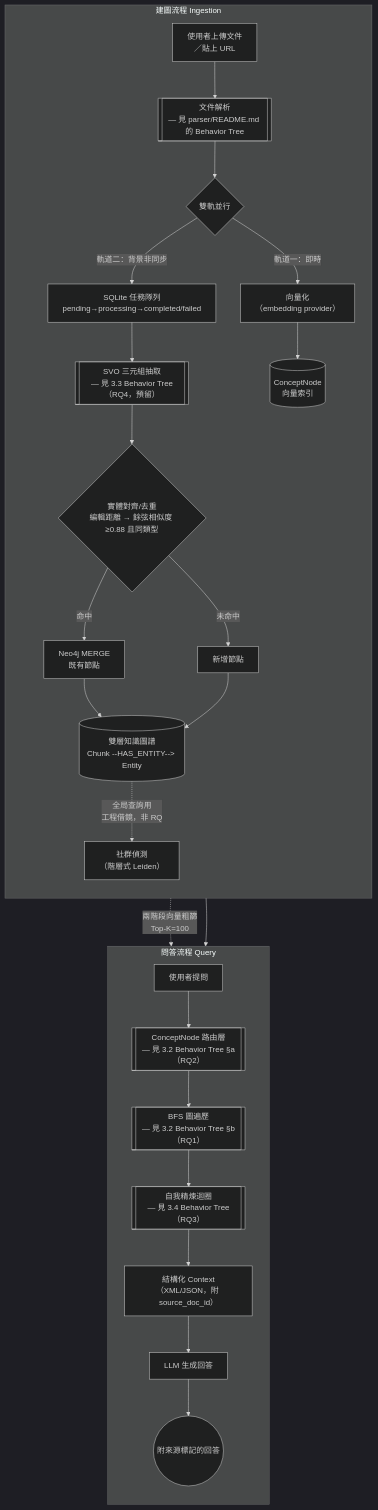
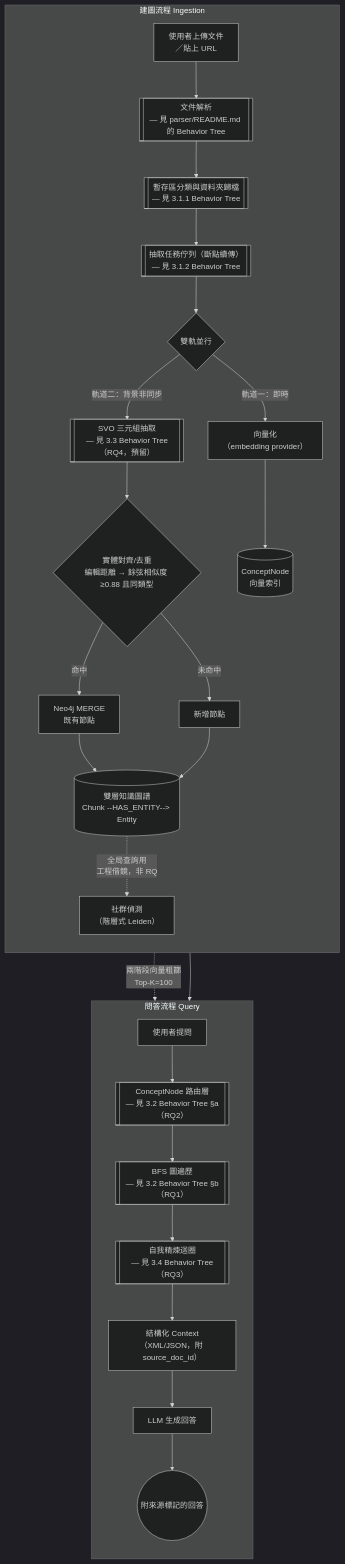
Before and after one commit to Chester930/world-knowledge-graph-rag: the first of 8 diagrams in docs/論文/03_系統設計與方法論.md, drawn with Mermaid (dark theme). The commit also changed other lines of this file, not shown here.

````diff
--- a/docs/論文/03_系統設計與方法論.md
+++ b/docs/論文/03_系統設計與方法論.md
@@ -11,31 +11,33 @@
 ```mermaid
 flowchart TD
     subgraph ING["建圖流程 Ingestion"]
         direction TB
         UP["使用者上傳文件<br/>／貼上 URL"] --> PARSE
-        PARSE[["文件解析<br/>— 見 parser/README.md 的 Behavior Tree"]] --> SPLIT{"雙軌並行"}
+        PARSE[["文件解析<br/>— 見 parser/README.md 的 Behavior Tree"]] --> STAGE
+        STAGE[["暫存區分類與資料夾歸檔<br/>— 見 3.1.1 Behavior Tree"]] --> QUEUE
+        QUEUE[["抽取任務佇列（斷點續傳）<br/>— 見 3.1.2 Behavior Tree"]] --> SPLIT{"雙軌並行"}
         SPLIT -->|"軌道一：即時"| VEC["向量化<br/>（embedding provider）"]
-        SPLIT -->|"軌道二：背景非同步"| QUEUE["SQLite 任務隊列<br/>pending→processing→completed/failed"]
-        QUEUE --> SVO[["SVO 三元組抽取<br/>— 見 3.3 Behavior Tree（RQ4，預留）"]]
+        SPLIT -->|"軌道二：背景非同步"| SVO
+        SVO[["SVO 三元組抽取<br/>— 見 3.3 Behavior Tree（RQ4，預留）"]]
         SVO --> DEDUP{"實體對齊/去重<br/>編輯距離 → 餘弦相似度 ≥0.88 且同類型"}
         DEDUP -->|命中| MERGE["Neo4j MERGE<br/>既有節點"]
         DEDUP -->|未命中| CREATE[新增節點]
         VEC --> CONCEPTIDX[("ConceptNode<br/>向量索引")]
         MERGE --> KG[("雙層知識圖譜<br/>Chunk --HAS_ENTITY--> Entity")]
         CREATE --> KG
         KG -.->|"全局查詢用<br/>工程借鏡，非 RQ"| COMM["社群偵測<br/>（階層式 Leiden）"]
     end
 
     subgraph QRY["問答流程 Query"]
         direction TB
         Q["使用者提問"] --> ROUTE
         ROUTE[["ConceptNode 路由層<br/>— 見 3.2 Behavior Tree §a（RQ2）"]] --> BFS
         BFS[["BFS 圖遍歷<br/>— 見 3.2 Behavior Tree §b（RQ1）"]] --> REFINE
         REFINE[["自我精煉迴圈<br/>— 見 3.4 Behavior Tree（RQ3）"]] --> CTX
         CTX["結構化 Context<br/>（XML/JSON，附 source_doc_id）"] --> LLM
         LLM["LLM 生成回答"] --> CITE(("附來源標記的回答"))
     end
 
     CONCEPTIDX -.->|"兩階段向量粗篩<br/>Top-K=100"| ROUTE
     KG --> BFS
 ```
````
